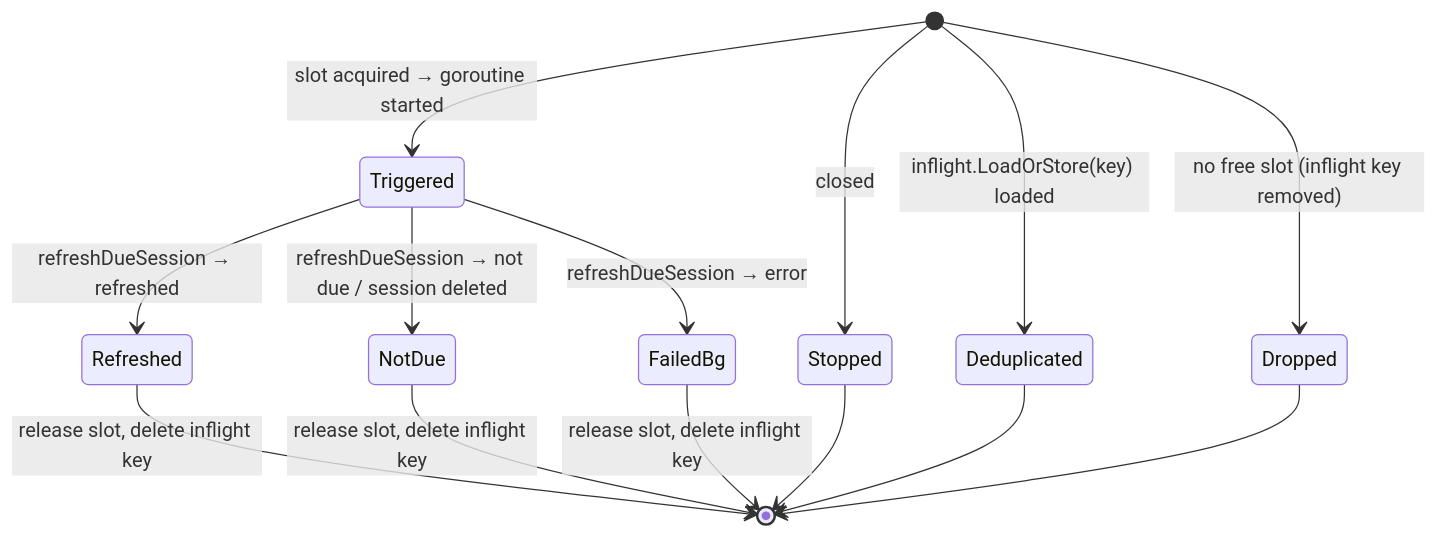
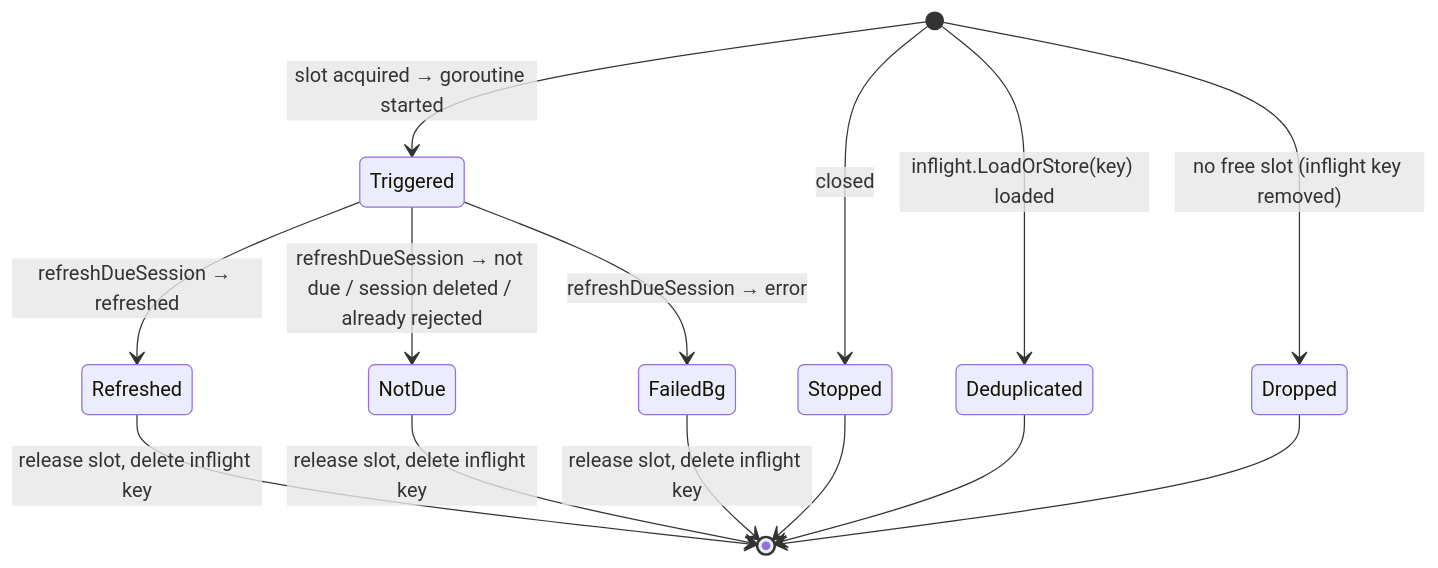
One commit to zalando-incubator/agentic-identity-broker changed the second of 2 diagrams in specs/029-proactive-token-refresh/data-model.md. Above: the diagram before and after it, drawn with Mermaid. The commit also changed other lines of this file and 137 other files, not shown here.

````diff
--- a/specs/029-proactive-token-refresh/data-model.md
+++ b/specs/029-proactive-token-refresh/data-model.md
@@ -169,16 +187,16 @@
 ```mermaid
 stateDiagram-v2
     [*] --> Stopped: closed
     [*] --> Deduplicated: inflight.LoadOrStore(key) loaded
     [*] --> Dropped: no free slot (inflight key removed)
     [*] --> Triggered: slot acquired → goroutine started
     Triggered --> Refreshed: refreshDueSession → refreshed
-    Triggered --> NotDue: refreshDueSession → not due / session deleted
+    Triggered --> NotDue: refreshDueSession → not due / session deleted / already rejected
     Triggered --> FailedBg: refreshDueSession → error
     Refreshed --> [*]: release slot, delete inflight key
     NotDue --> [*]: release slot, delete inflight key
     FailedBg --> [*]: release slot, delete inflight key
     Stopped --> [*]
     Deduplicated --> [*]
     Dropped --> [*]
 ```
````
